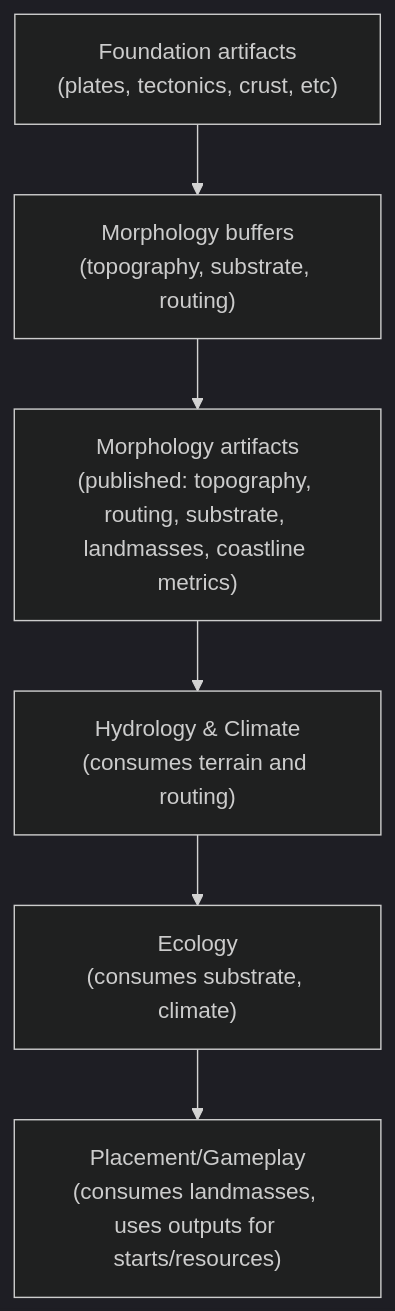
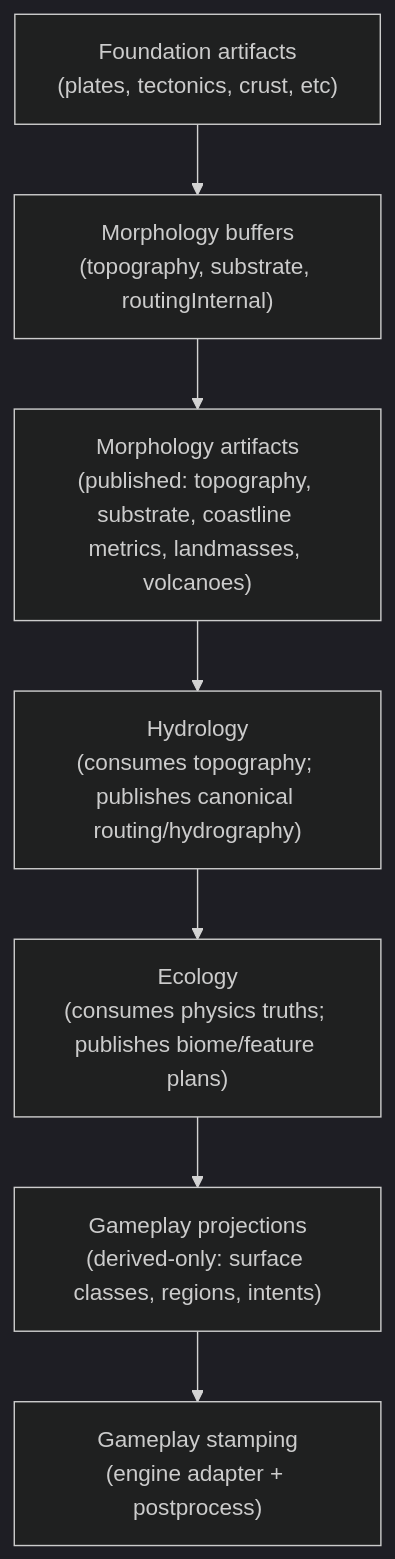
One commit to mateicanavra/civ7-modding-tools-fork changed the second of 3 diagrams in docs/projects/engine-refactor-v1/resources/workflow/domain-refactor/plans/morphology/spike-morphology-modeling-gpt.md. Above: the diagram before and after it, drawn with Mermaid (dark theme). The commit also changed other lines of this file and 18 other files, not shown here.

````diff
--- a/docs/projects/engine-refactor-v1/resources/workflow/domain-refactor/plans/morphology/spike-morphology-modeling-gpt.md
+++ b/docs/projects/engine-refactor-v1/resources/workflow/domain-refactor/plans/morphology/spike-morphology-modeling-gpt.md
@@ -286,12 +317,13 @@
 ```mermaid
 flowchart TD
 F["Foundation artifacts<br/>(plates, tectonics, crust, etc)"]
-M["Morphology buffers<br/>(topography, substrate, routing)"]
-A["Morphology artifacts<br/>(published: topography, routing, substrate, landmasses, coastline metrics)"]
-H["Hydrology & Climate<br/>(consumes terrain and routing)"]
-E["Ecology<br/>(consumes substrate, climate)"]
-P["Placement/Gameplay<br/>(consumes landmasses, uses outputs for starts/resources)"]
+M["Morphology buffers<br/>(topography, substrate, routingInternal)"]
+A["Morphology artifacts<br/>(published: topography, substrate, coastline metrics, landmasses, volcanoes)"]
+H["Hydrology<br/>(consumes topography; publishes canonical routing/hydrography)"]
+E["Ecology<br/>(consumes physics truths; publishes biome/feature plans)"]
+G["Gameplay projections<br/>(derived-only: surface classes, regions, intents)"]
+S["Gameplay stamping<br/>(engine adapter + postprocess)"]
 
 F --> M --> A
-A --> H --> E --> P
+A --> H --> E --> G --> S
 ```
````
